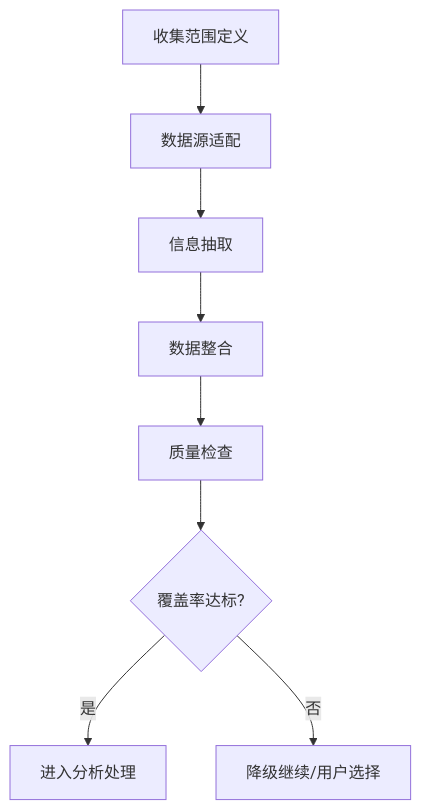
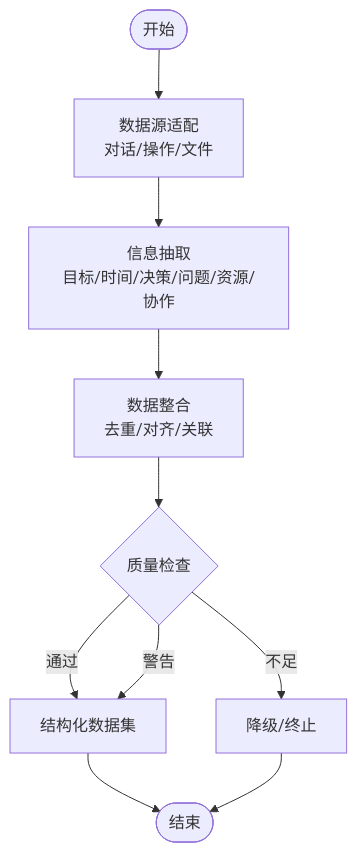
The third of 8 diagrams in .qoder/repowiki/zh/content/项目概述.md (daoAgents/task-execution-summary), drawn with Mermaid before and after one commit. The commit also changed other lines of this file and 33 other files, not shown here.

````diff
--- a/.qoder/repowiki/zh/content/项目概述.md
+++ b/.qoder/repowiki/zh/content/项目概述.md
@@ -169,10 +117,12 @@
 ```mermaid
 flowchart TD
-A["收集范围定义"] --> B["数据源适配"]
-B --> C["信息抽取"]
-C --> D["数据整合"]
-D --> E["质量检查"]
-E --> F{"覆盖率达标?"}
-F --> |是| G["进入分析处理"]
-F --> |否| H["降级继续/用户选择"]
+Start(["开始"]) --> DS["数据源适配<br/>对话/操作/文件"]
+DS --> EX["信息抽取<br/>目标/时间/决策/问题/资源/协作"]
+EX --> IM["数据整合<br/>去重/对齐/关联"]
+IM --> QC{"质量检查"}
+QC --> |通过| CD["结构化数据集"]
+QC --> |警告| CD
+QC --> |不足| ERR["降级/终止"]
+CD --> End(["结束"])
+ERR --> End
 ```
````
